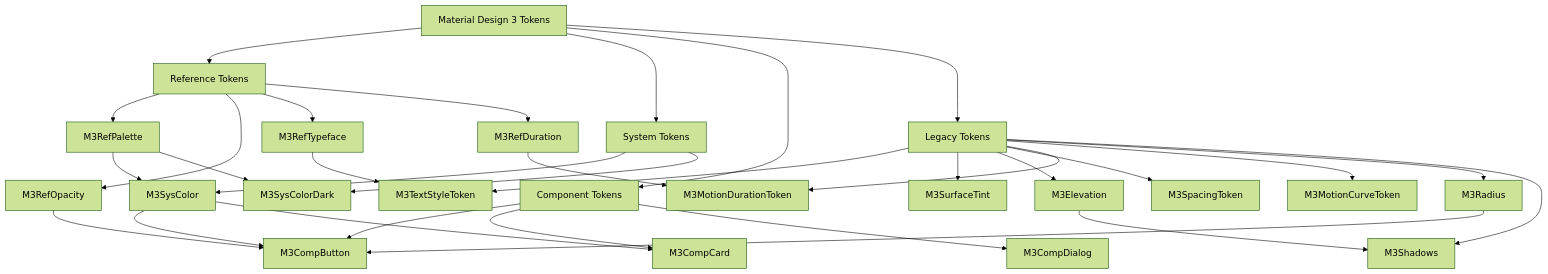
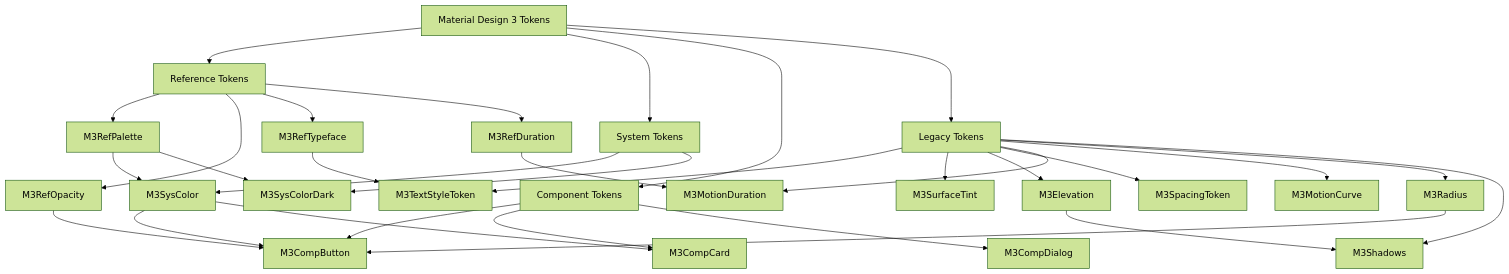
Before and after one commit to fluttely/material_design: the first of 5 diagrams in documentation/material_design/pt_BR/maps/Token Map.md, drawn with Mermaid (forest theme). The commit also changed other lines of this file and 37 other files, not shown here.

````diff
--- a/documentation/material_design/pt_BR/maps/Token Map.md
+++ b/documentation/material_design/pt_BR/maps/Token Map.md
@@ -11,41 +11,41 @@
 ```mermaid
 graph TD
     A[Material Design 3 Tokens] --> B[Reference Tokens]
     A --> C[System Tokens]
     A --> D[Component Tokens]
     A --> E[Legacy Tokens]
 
     B --> B1[M3RefPalette]
     B --> B2[M3RefOpacity]
     B --> B3[M3RefTypeface]
     B --> B4[M3RefDuration]
 
     C --> C1[M3SysColor]
     C --> C2[M3SysColorDark]
 
     D --> D1[M3CompButton]
     D --> D2[M3CompCard]
     D --> D3[M3CompDialog]
 
     E --> E1[M3TextStyleToken]
     E --> E2[M3SurfaceTint]
     E --> E3[M3Elevation]
     E --> E4[M3SpacingToken]
-    E --> E5[M3MotionDurationToken]
-    E --> E6[M3MotionCurveToken]
+    E --> E5[M3MotionDuration]
+    E --> E6[M3MotionCurve]
     E --> E7[M3Radius]
     E --> E8[M3Shadows]
 
     %% Conexões de dependência
     B1 --> C1
     B1 --> C2
     B2 --> D1
     B3 --> E1
     B4 --> E5
 
     C1 --> D1
     C1 --> D2
 
     E3 --> E8
     E7 --> D1
 ```
````
